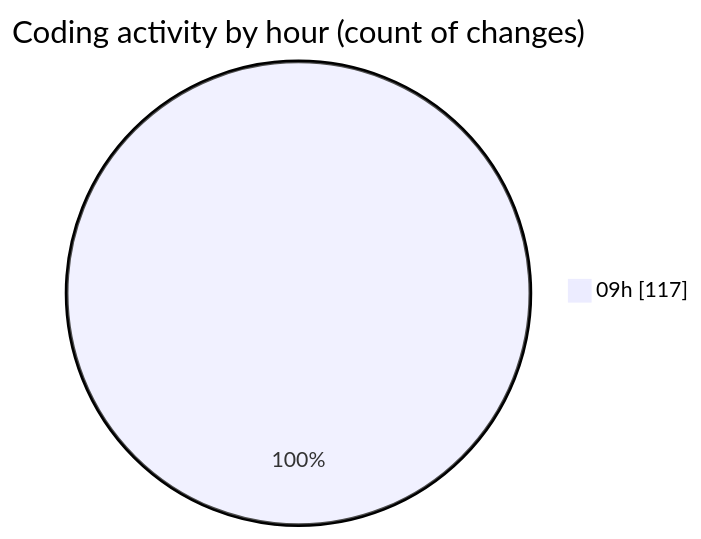
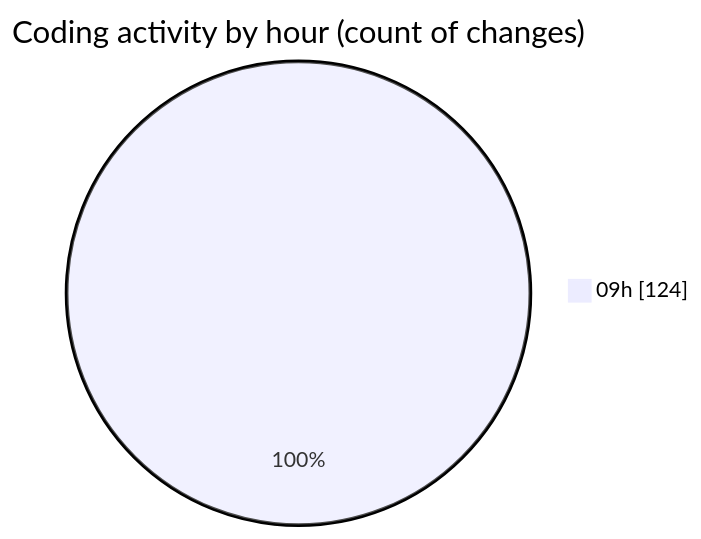
One commit to momahboobian/code-tracking changed the second of 2 diagrams in 2026-09-16/cda/README.md. Above: the diagram before and after it, drawn with Mermaid. The commit also changed other lines of this file and 1 other file, not shown here.

````diff
--- a/2026-09-16/cda/README.md
+++ b/2026-09-16/cda/README.md
@@ -59,5 +62,5 @@
 ```mermaid
 pie showData
 title Coding activity by hour (count of changes)
-"09h" : 117
+"09h" : 124
 ```
````
